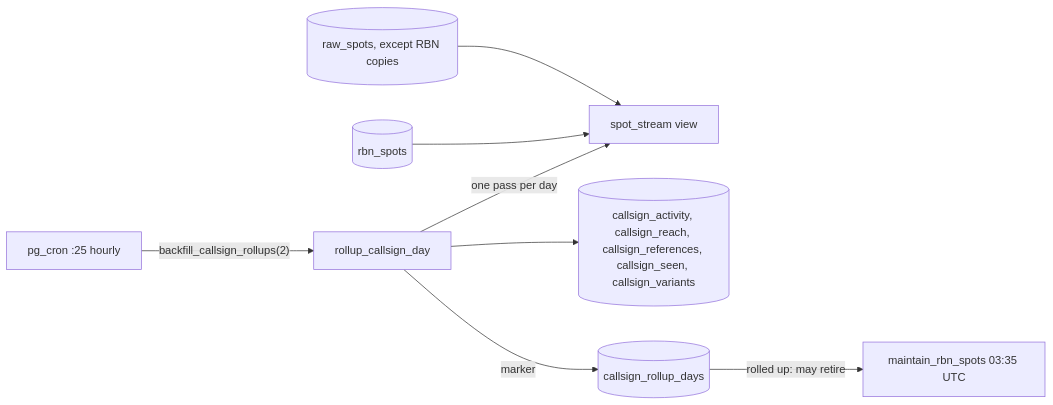
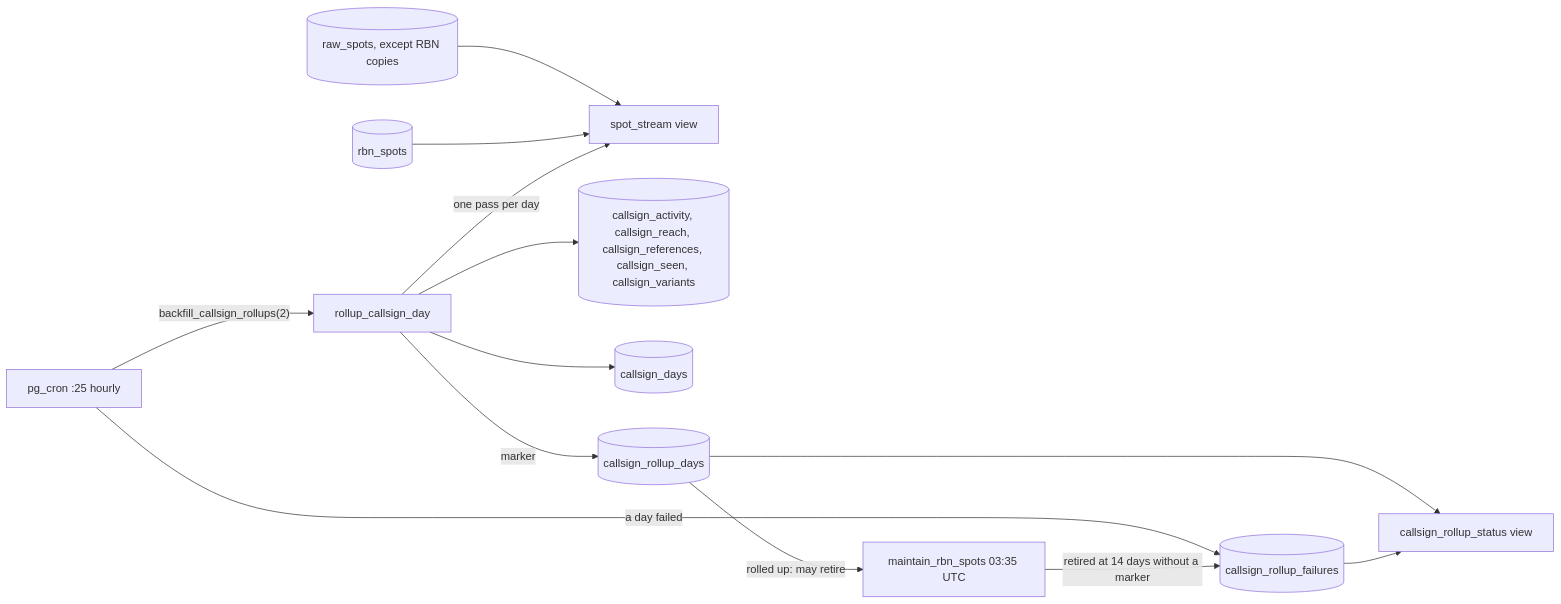
One commit to johnsonm/longlines changed the ninth of 13 diagrams in docs/ARCHITECTURE.md. Above: the diagram before and after it, drawn with Mermaid. The commit also changed other lines of this file and 8 other files, not shown here.

First line of the commit message:
Callsign days: per-day activity kept forever, roll-up status and failures

````diff
--- a/docs/ARCHITECTURE.md
+++ b/docs/ARCHITECTURE.md
@@ -886,10 +886,15 @@
 ```mermaid
 flowchart LR
   R[(raw_spots, except RBN copies)] --> V[spot_stream view]
   B[(rbn_spots)] --> V
   C[pg_cron :25 hourly] -- "backfill_callsign_rollups(2)" --> D[rollup_callsign_day]
   D -- "one pass per day" --> V
   D --> T[(callsign_activity, callsign_reach, callsign_references, callsign_seen, callsign_variants)]
+  D --> Y[(callsign_days)]
   D -- marker --> K[(callsign_rollup_days)]
+  C -- "a day failed" --> F[(callsign_rollup_failures)]
   K -- "rolled up: may retire" --> M[maintain_rbn_spots 03:35 UTC]
+  M -- "retired at 14 days without a marker" --> F
+  K --> S[callsign_rollup_status view]
+  F --> S
 ```
````
